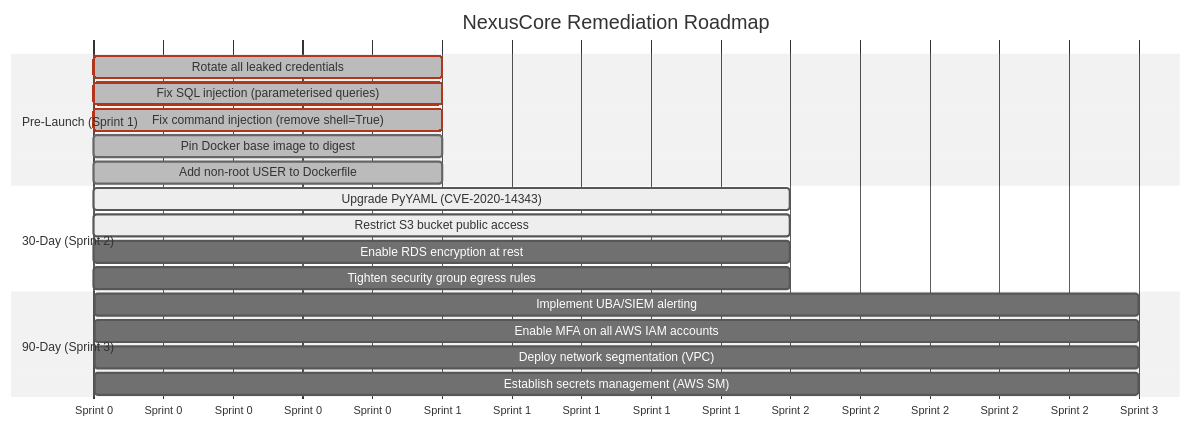
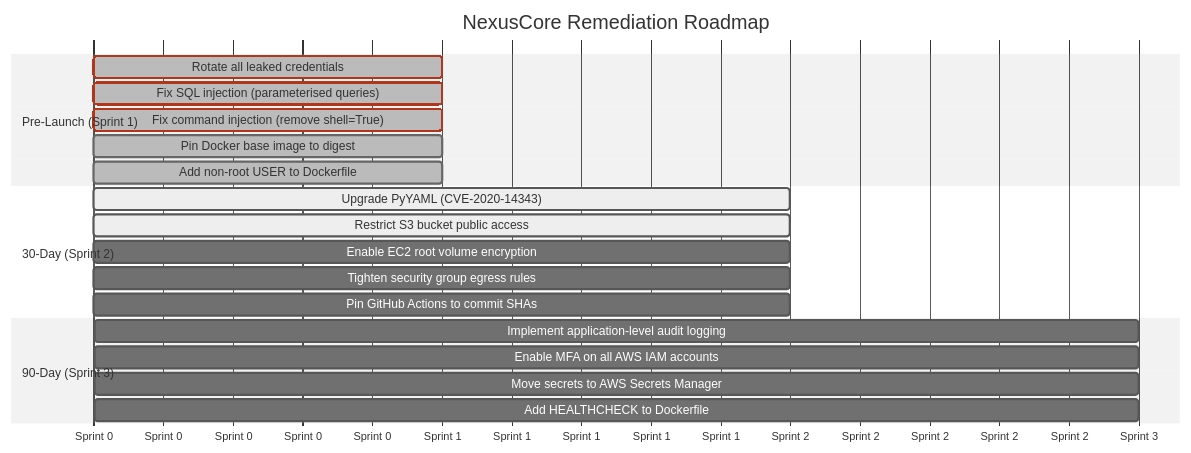
The diagram in reports/threat-model-report.md (AurelienKumarathas/devsecops-pipeline-project-1), drawn with Mermaid (neutral theme) before and after one commit. The commit also changed other lines of this file and 3 other files, not shown here.

Commit message:
docs: align threat model with actual repo stack — update architecture, DB references, and domain scope

````diff
--- a/reports/threat-model-report.md
+++ b/reports/threat-model-report.md
@@ -58,25 +91,26 @@
 ```mermaid
 gantt
     title NexusCore Remediation Roadmap
     dateFormat  X
     axisFormat  Sprint %s
 
     section Pre-Launch (Sprint 1)
-    Rotate all leaked credentials           :crit, done, s1a, 0, 1
-    Fix SQL injection (parameterised queries):crit, done, s1b, 0, 1
-    Fix command injection (remove shell=True):crit, done, s1c, 0, 1
-    Pin Docker base image to digest          :done, s1d, 0, 1
-    Add non-root USER to Dockerfile          :done, s1e, 0, 1
+    Rotate all leaked credentials            :crit, done, s1a, 0, 1
+    Fix SQL injection (parameterised queries) :crit, done, s1b, 0, 1
+    Fix command injection (remove shell=True) :crit, done, s1c, 0, 1
+    Pin Docker base image to digest           :done, s1d, 0, 1
+    Add non-root USER to Dockerfile           :done, s1e, 0, 1
 
     section 30-Day (Sprint 2)
-    Upgrade PyYAML (CVE-2020-14343)          :active, s2a, 1, 2
-    Restrict S3 bucket public access         :active, s2b, 1, 2
-    Enable RDS encryption at rest            :s2c, 1, 2
-    Tighten security group egress rules      :s2d, 1, 2
+    Upgrade PyYAML (CVE-2020-14343)           :active, s2a, 1, 2
+    Restrict S3 bucket public access          :active, s2b, 1, 2
+    Enable EC2 root volume encryption         :s2c, 1, 2
+    Tighten security group egress rules       :s2d, 1, 2
+    Pin GitHub Actions to commit SHAs         :s2e, 1, 2
 
     section 90-Day (Sprint 3)
-    Implement UBA/SIEM alerting              :s3a, 2, 3
-    Enable MFA on all AWS IAM accounts       :s3b, 2, 3
-    Deploy network segmentation (VPC)        :s3c, 2, 3
-    Establish secrets management (AWS SM)    :s3d, 2, 3
+    Implement application-level audit logging  :s3a, 2, 3
+    Enable MFA on all AWS IAM accounts         :s3b, 2, 3
+    Move secrets to AWS Secrets Manager        :s3c, 2, 3
+    Add HEALTHCHECK to Dockerfile              :s3d, 2, 3
 ```
````
